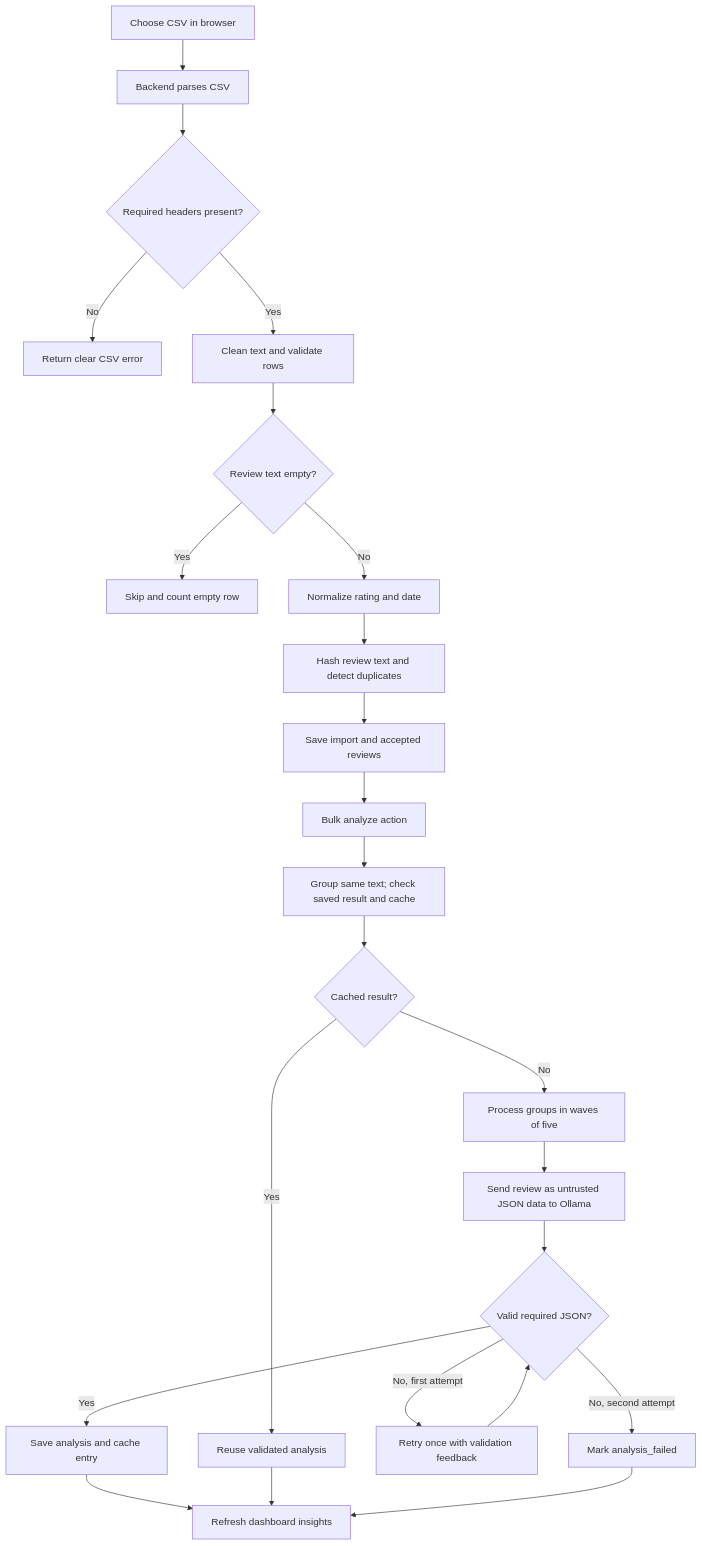
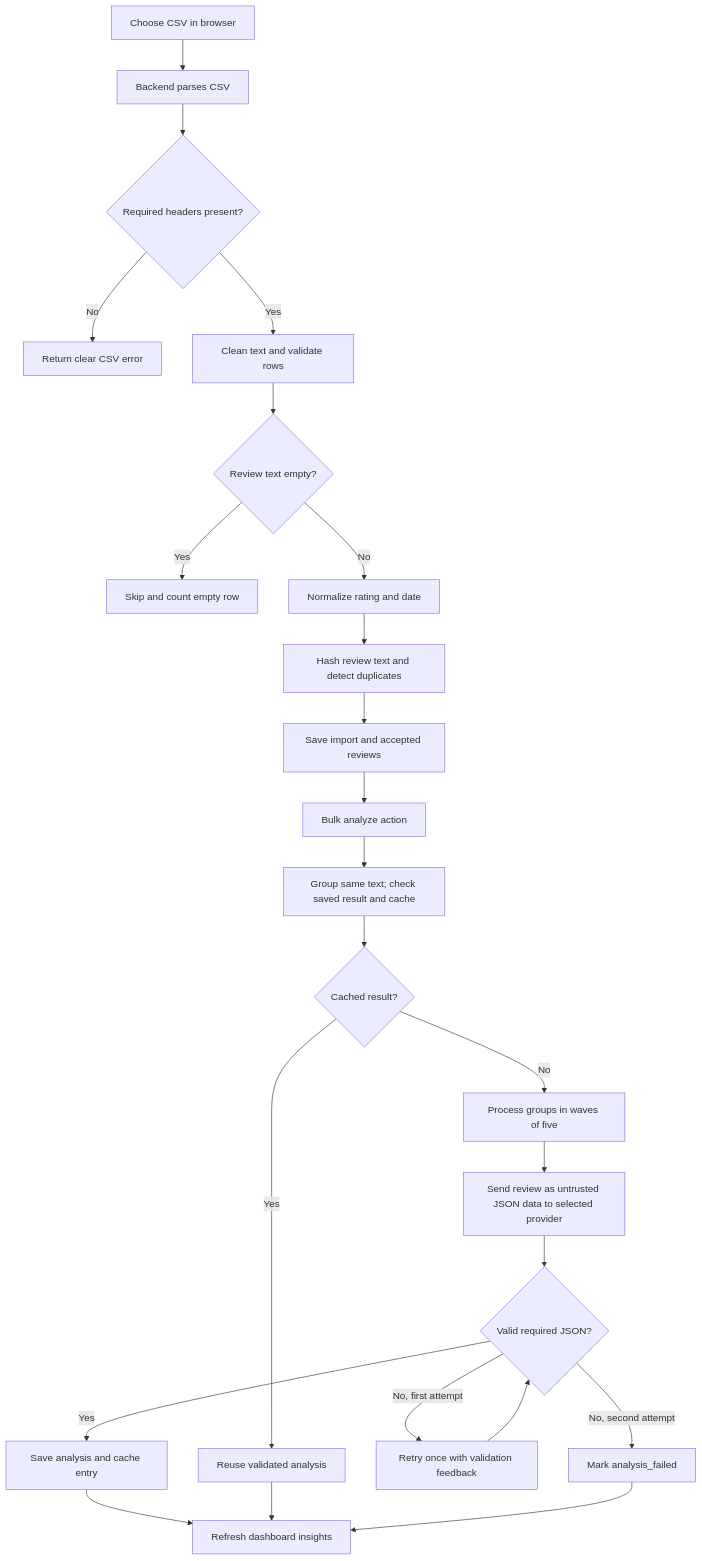
Before and after one commit to anuj-yd/ReviewLens: the second of 2 diagrams in README.md, drawn with Mermaid. The commit also changed other lines of this file and 11 other files, not shown here.

````diff
--- a/README.md
+++ b/README.md
@@ -64,26 +64,26 @@
 ```mermaid
 flowchart TD
     A[Choose CSV in browser] --> B[Backend parses CSV]
     B --> C{Required headers present?}
     C -->|No| D[Return clear CSV error]
     C -->|Yes| E[Clean text and validate rows]
     E --> F{Review text empty?}
     F -->|Yes| G[Skip and count empty row]
     F -->|No| H[Normalize rating and date]
     H --> I[Hash review text and detect duplicates]
     I --> J[Save import and accepted reviews]
     J --> K[Bulk analyze action]
     K --> L[Group same text; check saved result and cache]
     L --> M{Cached result?}
     M -->|Yes| N[Reuse validated analysis]
     M -->|No| O[Process groups in waves of five]
-    O --> P[Send review as untrusted JSON data to Ollama]
+    O --> P[Send review as untrusted JSON data to selected provider]
     P --> Q{Valid required JSON?}
     Q -->|Yes| R[Save analysis and cache entry]
     Q -->|No, first attempt| S[Retry once with validation feedback]
     S --> Q
     Q -->|No, second attempt| T[Mark analysis_failed]
     R --> U[Refresh dashboard insights]
     N --> U
     T --> U
 ```
````
